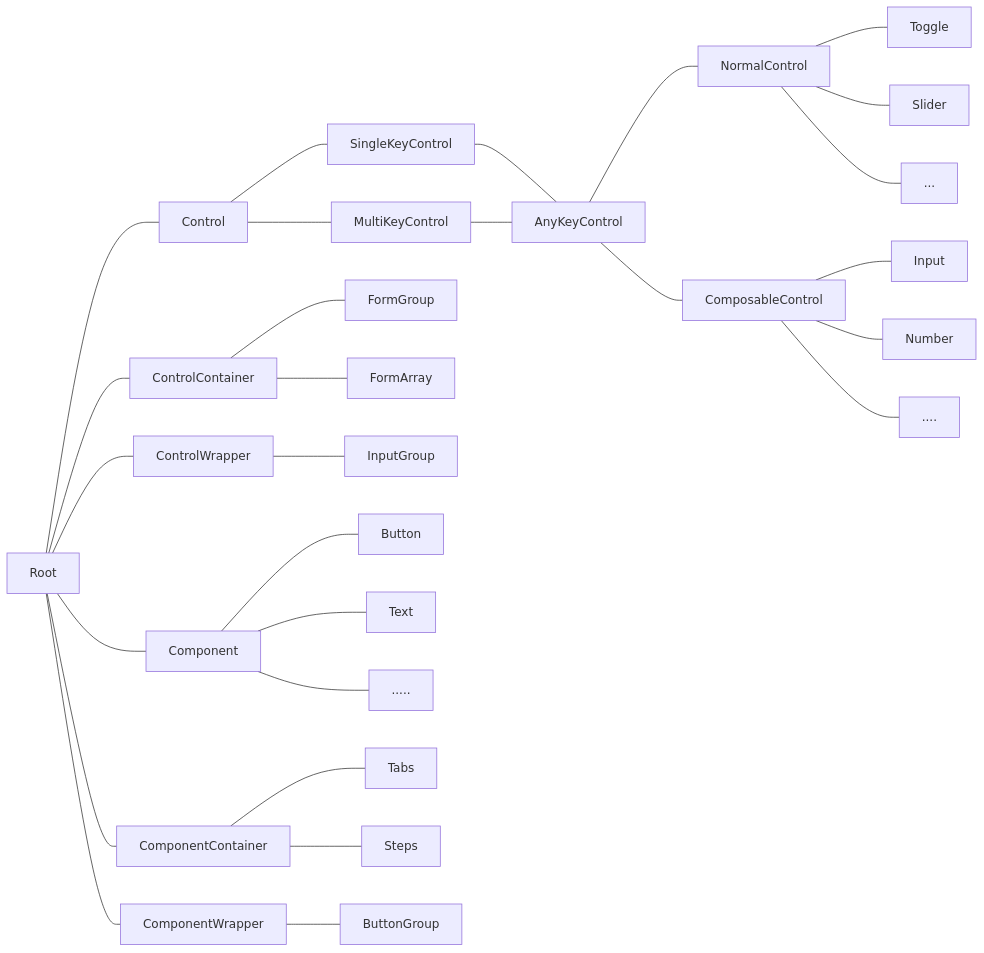
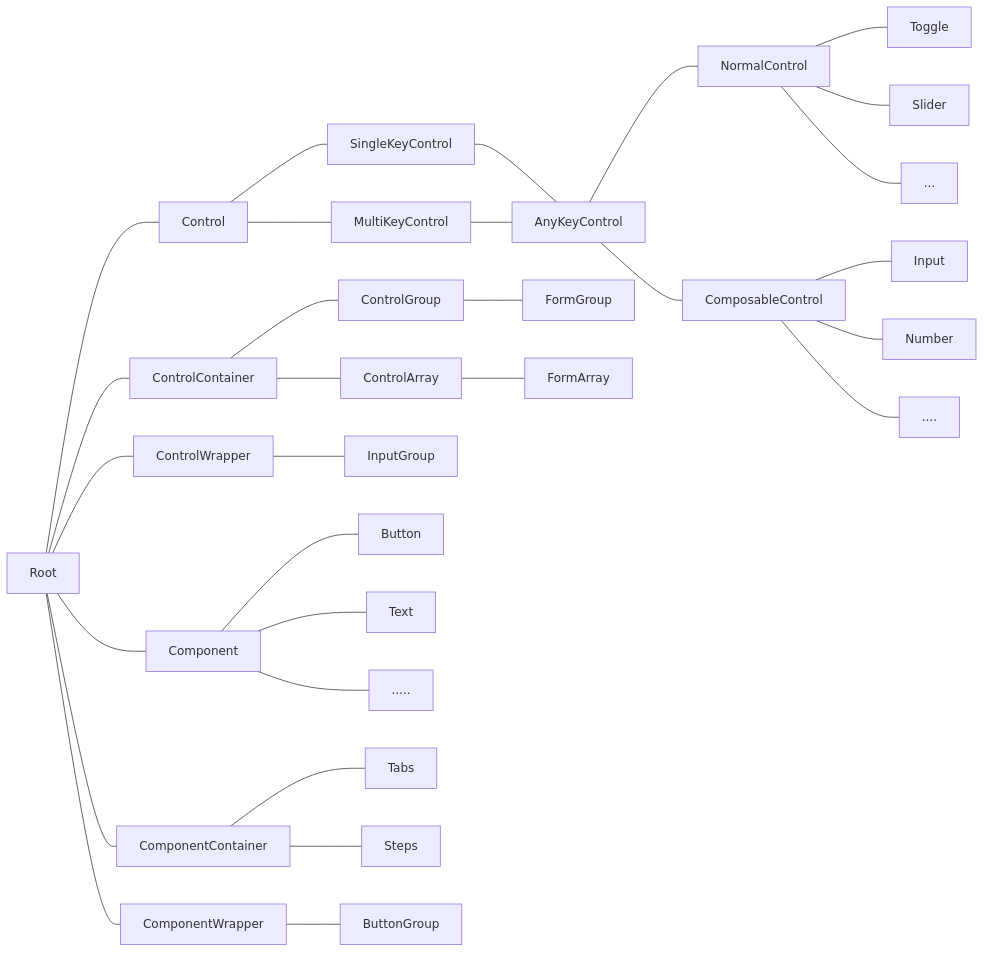
One commit to fluent-form/fluent-form changed the diagram in DESIGN.md. Above: the diagram before and after it, drawn with Mermaid. The commit also changed 454 other files, not shown here.

````diff
--- a/DESIGN.md
+++ b/DESIGN.md
@@ -1,38 +1,41 @@
 ```mermaid
 graph LR
 
 Root --- Control
 Root --- ControlContainer
 Root --- ControlWrapper
 Root --- Component
 Root --- ComponentContainer
 Root --- ComponentWrapper
 
 Control --- SingleKeyControl --- AnyKeyControl
 Control --- MultiKeyControl --- AnyKeyControl
 
 AnyKeyControl --- NormalControl
 AnyKeyControl --- ComposableControl
 
 NormalControl --- Toggle
 NormalControl --- Slider
 NormalControl --- ...
 
 ComposableControl --- Input
 ComposableControl --- Number
 ComposableControl --- ....
 
-ControlContainer --- FormGroup
-ControlContainer --- FormArray
+ControlContainer --- ControlGroup
+ControlContainer --- ControlArray
+
+ControlGroup --- FormGroup
+ControlArray --- FormArray
 
 ControlWrapper --- InputGroup
 
 Component --- Button
 Component --- Text
 Component --- .....
 
 ComponentContainer --- Tabs
 ComponentContainer --- Steps
 
 ComponentWrapper --- ButtonGroup
 ```
````
